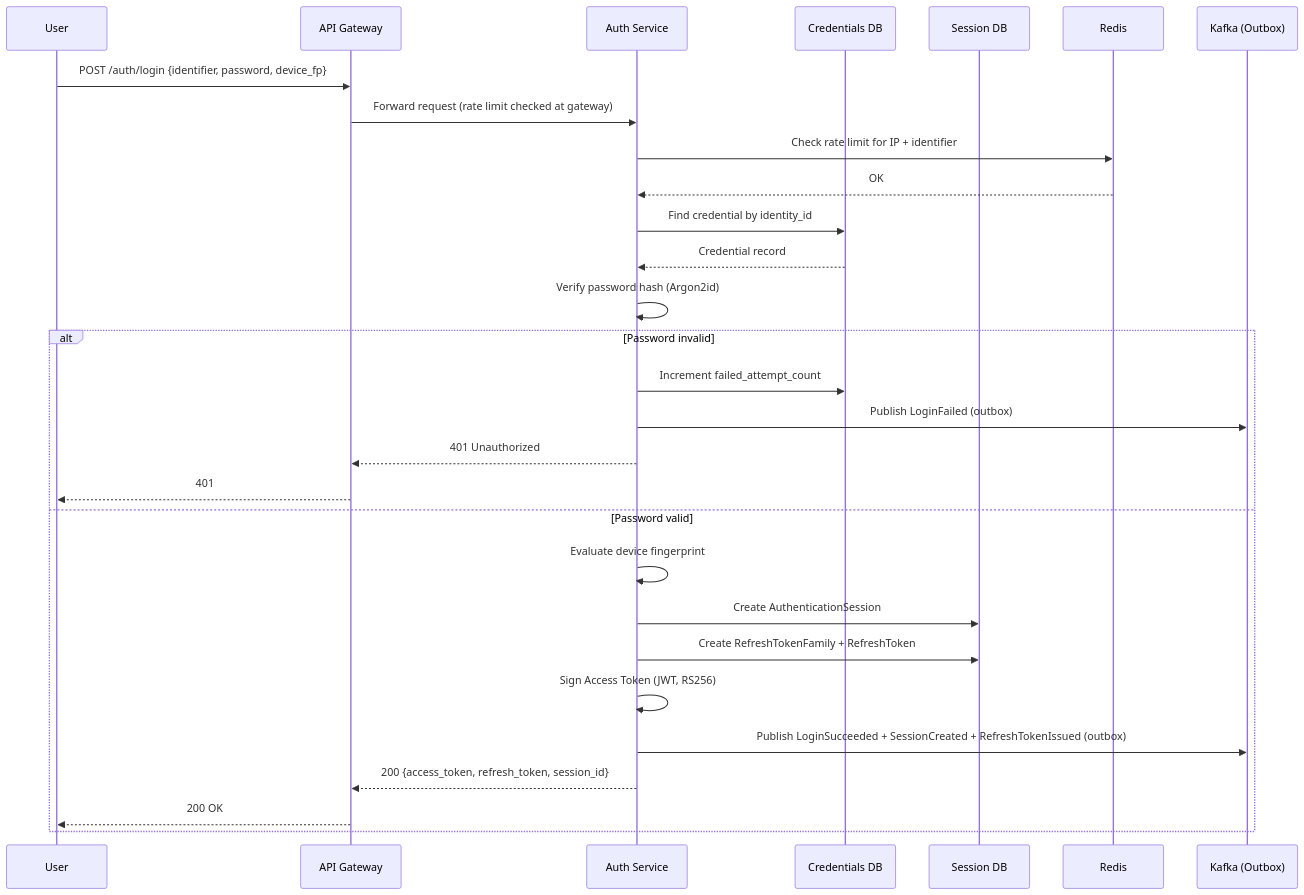
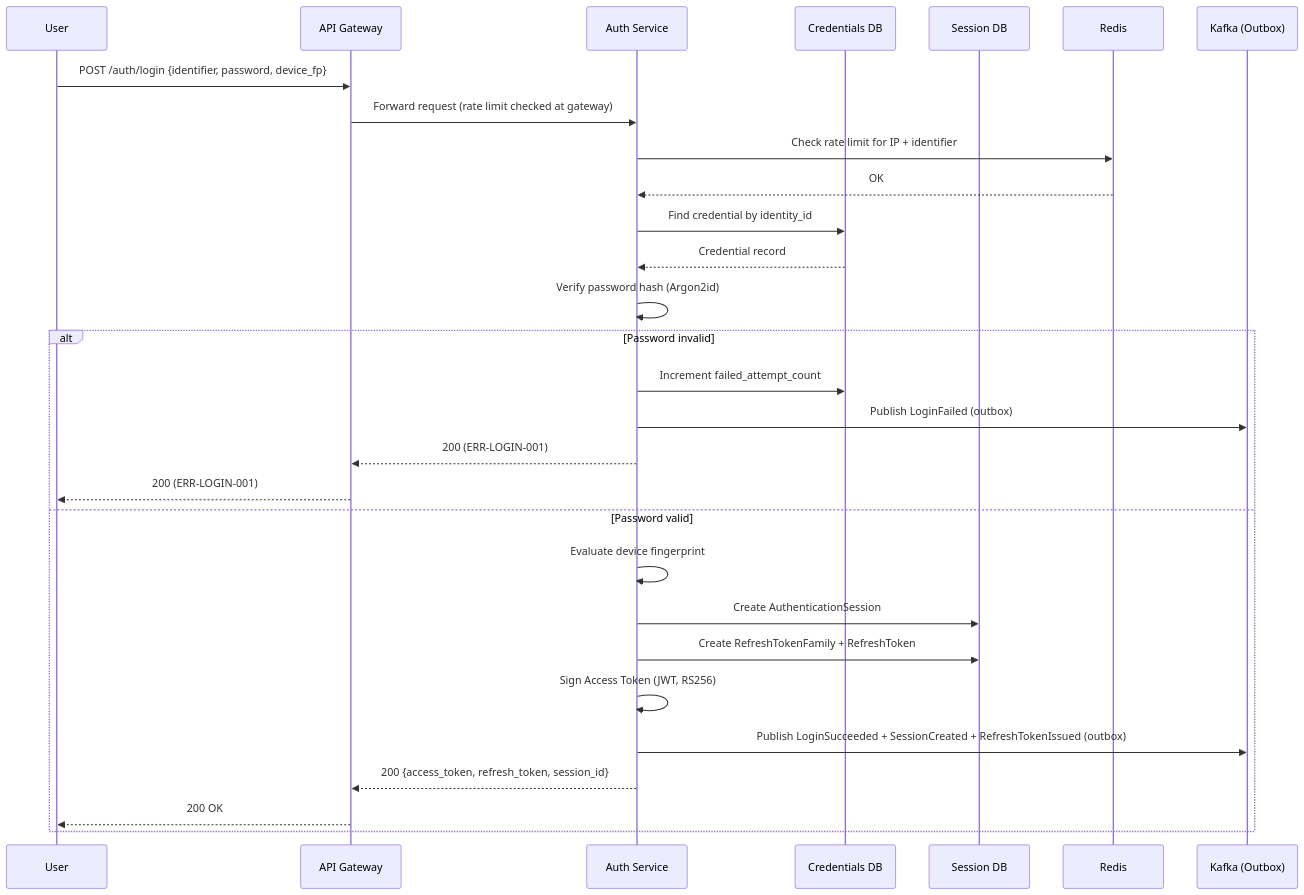
One commit to kurnhyalcantara/docs changed the seventh of 15 diagrams in authentication-module-prd.md. Above: the diagram before and after it, drawn with Mermaid. The commit also changed other lines of this file and 2 other files, not shown here.

````diff
--- a/authentication-module-prd.md
+++ b/authentication-module-prd.md
@@ -1581,32 +1687,32 @@
 ```mermaid
 sequenceDiagram
     participant U as User
     participant AP as API Gateway
     participant AS as Auth Service
     participant CR as Credentials DB
     participant SD as Session DB
     participant RD as Redis
     participant KB as Kafka (Outbox)
 
     U->>AP: POST /auth/login {identifier, password, device_fp}
     AP->>AS: Forward request (rate limit checked at gateway)
     AS->>RD: Check rate limit for IP + identifier
     RD-->>AS: OK
     AS->>CR: Find credential by identity_id
     CR-->>AS: Credential record
     AS->>AS: Verify password hash (Argon2id)
     alt Password invalid
         AS->>CR: Increment failed_attempt_count
         AS->>KB: Publish LoginFailed (outbox)
-        AS-->>AP: 401 Unauthorized
-        AP-->>U: 401
+        AS-->>AP: 200 (ERR-LOGIN-001)
+        AP-->>U: 200 (ERR-LOGIN-001)
     else Password valid
         AS->>AS: Evaluate device fingerprint
         AS->>SD: Create AuthenticationSession
         AS->>SD: Create RefreshTokenFamily + RefreshToken
         AS->>AS: Sign Access Token (JWT, RS256)
         AS->>KB: Publish LoginSucceeded + SessionCreated + RefreshTokenIssued (outbox)
         AS-->>AP: 200 {access_token, refresh_token, session_id}
         AP-->>U: 200 OK
     end
 ```
````
